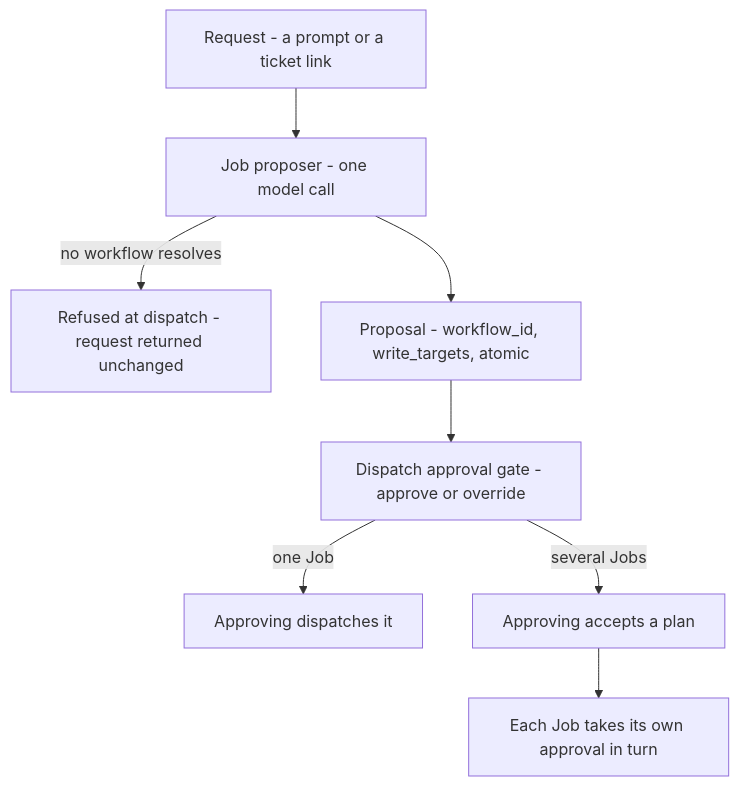
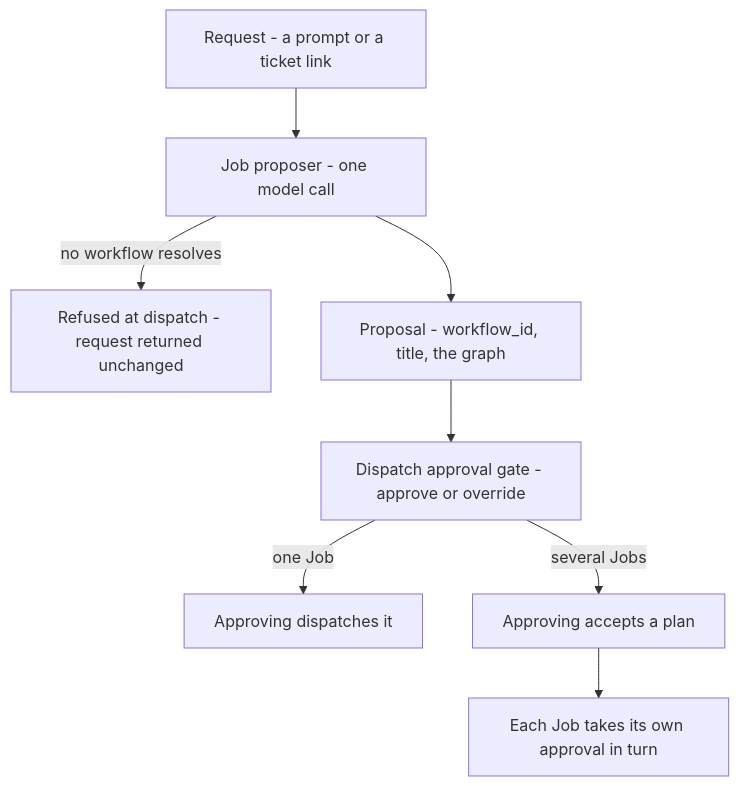
Before and after one commit to NickMele/armada: the diagram in docs/concepts/job-proposer.md, drawn with Mermaid. The commit also changed other lines of this file and 6 other files, not shown here.

````diff
--- a/docs/concepts/job-proposer.md
+++ b/docs/concepts/job-proposer.md
@@ -13,10 +13,10 @@
 ```mermaid
 flowchart TD
   REQ["Request - a prompt or a ticket link"] --> CALL["Job proposer - one model call"]
   CALL -->|no workflow resolves| REF["Refused at dispatch - request returned unchanged"]
-  CALL --> PROP["Proposal - workflow_id, write_targets, atomic"]
+  CALL --> PROP["Proposal - workflow_id, title, the graph"]
   PROP --> GATE["Dispatch approval gate - approve or override"]
   GATE -->|one Job| ONE["Approving dispatches it"]
   GATE -->|several Jobs| PLAN["Approving accepts a plan"]
   PLAN --> EACH["Each Job takes its own approval in turn"]
 ```
````
